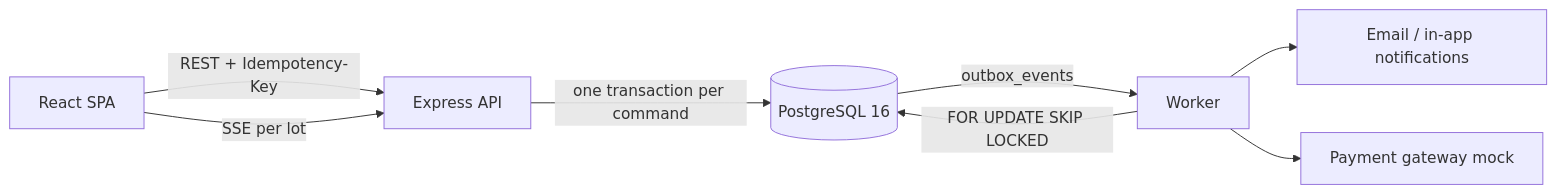
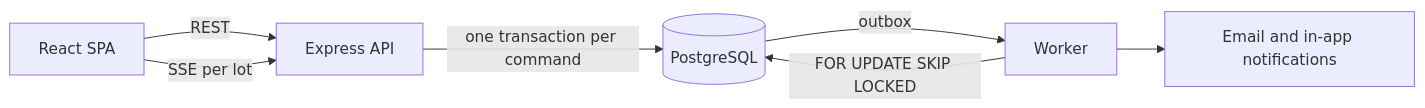
The diagram in README.md (ngothoaidev/Online-Auction), drawn with Mermaid before and after one commit. The commit also changed other lines of this file and 265 other files, not shown here.

````diff
--- a/README.md
+++ b/README.md
@@ -29,10 +27,9 @@
 ```mermaid
 flowchart LR
-  B[React SPA] -- REST + Idempotency-Key --> A[Express API]
+  B[React SPA] -- REST --> A[Express API]
   B -- SSE per lot --> A
-  A -- one transaction per command --> DB[(PostgreSQL 16)]
+  A -- one transaction per command --> DB[(PostgreSQL)]
   W[Worker] -- FOR UPDATE SKIP LOCKED --> DB
-  DB -- outbox_events --> W
-  W --> E[Email / in-app notifications]
-  W --> P[Payment gateway mock]
+  DB -- outbox --> W
+  W --> E[Email and in-app notifications]
 ```
````
